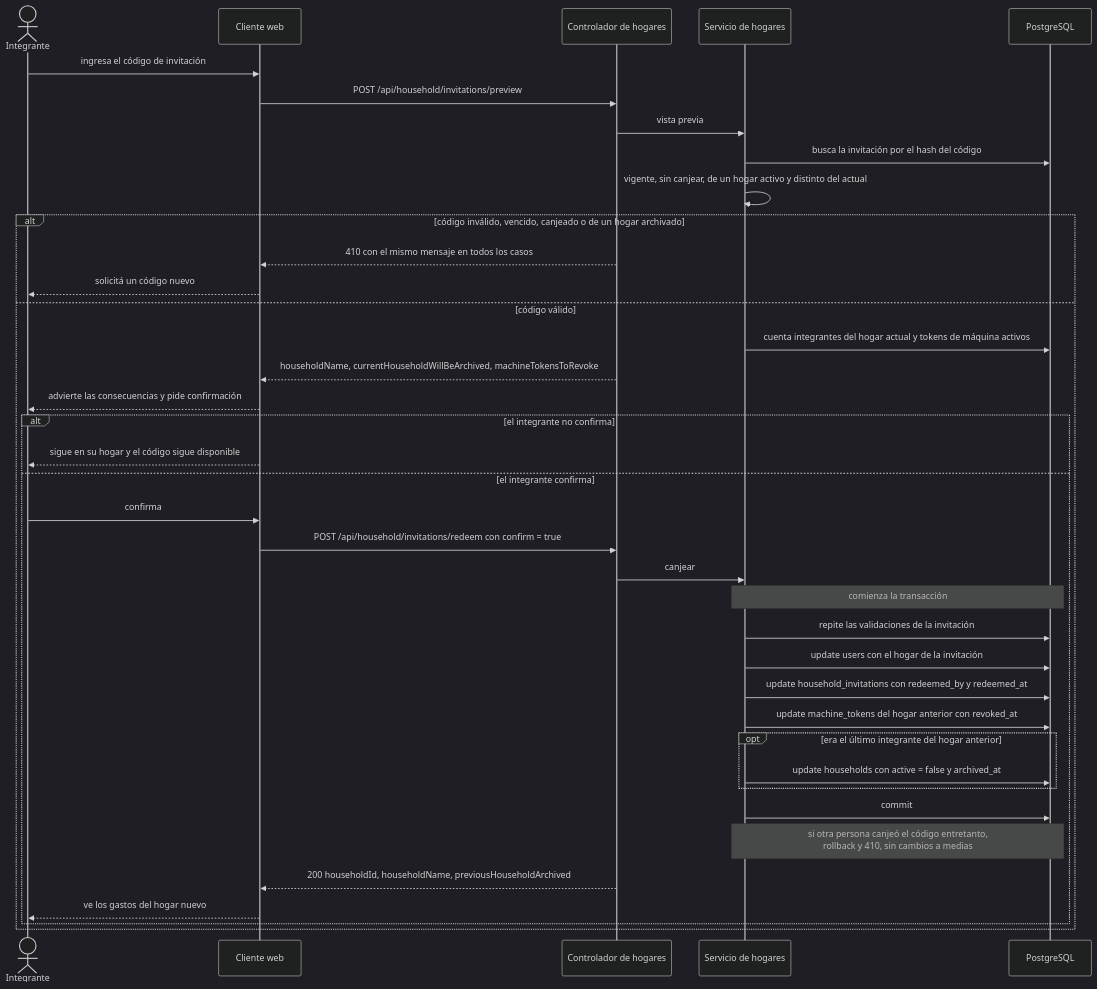
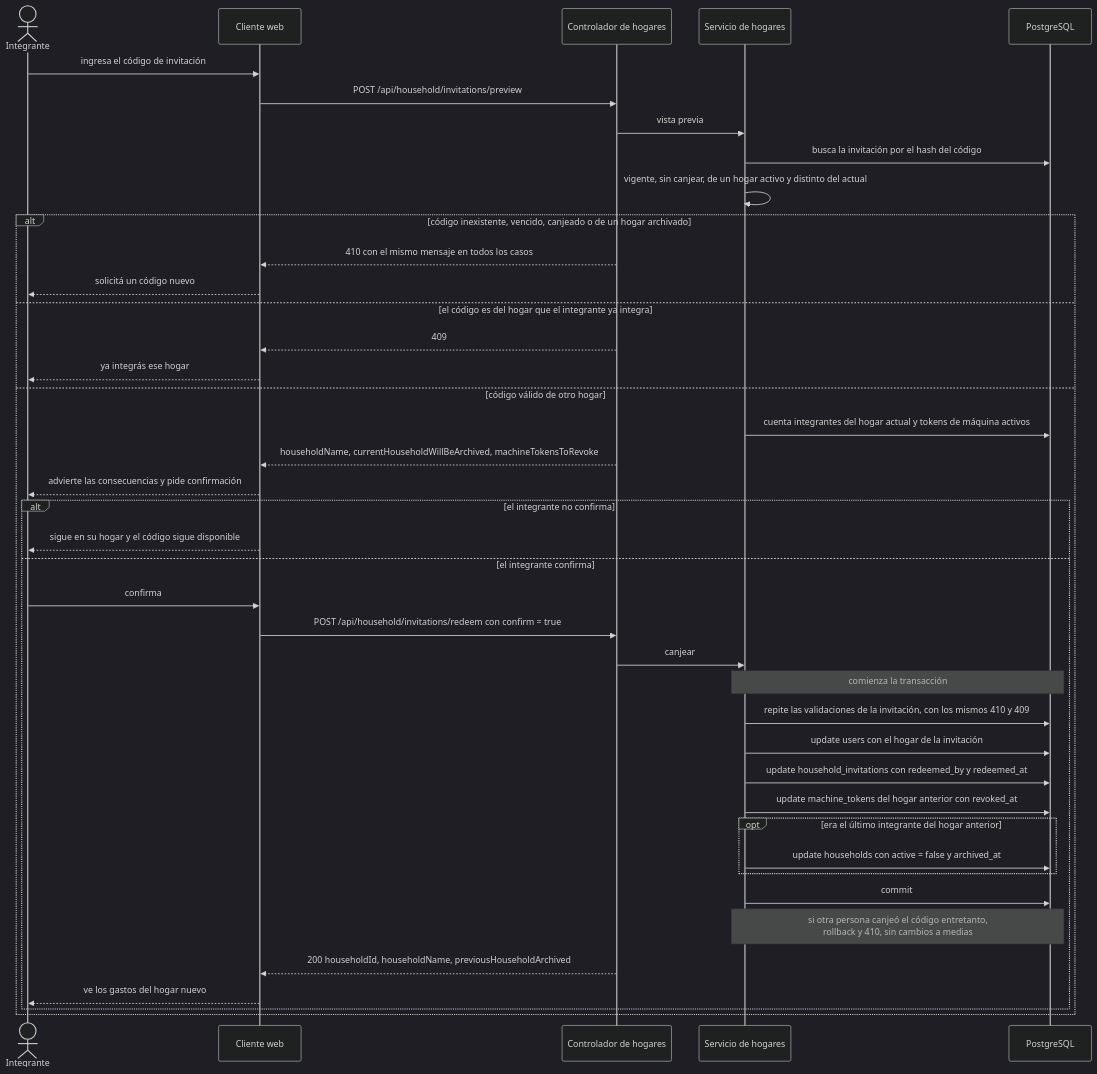
One commit to patorinaldi/gastos changed the ninth of 19 diagrams in docs/diagramas.md. Above: the diagram before and after it, drawn with Mermaid (dark theme). The commit also changed other lines of this file and 1 other file, not shown here.

Commit message:
fix: coherencia con la documentacion y el codigo actual

````diff
--- a/docs/diagramas.md
+++ b/docs/diagramas.md
@@ -461,43 +463,46 @@
 ```mermaid
 sequenceDiagram
     actor U as Integrante
     participant W as Cliente web
     participant C as Controlador de hogares
     participant S as Servicio de hogares
     participant DB as PostgreSQL
 
     U->>W: ingresa el código de invitación
     W->>C: POST /api/household/invitations/preview
     C->>S: vista previa
     S->>DB: busca la invitación por el hash del código
     S->>S: vigente, sin canjear, de un hogar activo y distinto del actual
 
-    alt código inválido, vencido, canjeado o de un hogar archivado
+    alt código inexistente, vencido, canjeado o de un hogar archivado
         C-->>W: 410 con el mismo mensaje en todos los casos
         W-->>U: solicitá un código nuevo
-    else código válido
+    else el código es del hogar que el integrante ya integra
+        C-->>W: 409
+        W-->>U: ya integrás ese hogar
+    else código válido de otro hogar
         S->>DB: cuenta integrantes del hogar actual y tokens de máquina activos
         C-->>W: householdName, currentHouseholdWillBeArchived, machineTokensToRevoke
         W-->>U: advierte las consecuencias y pide confirmación
 
         alt el integrante no confirma
             W-->>U: sigue en su hogar y el código sigue disponible
         else el integrante confirma
             U->>W: confirma
             W->>C: POST /api/household/invitations/redeem con confirm = true
             C->>S: canjear
             Note over S,DB: comienza la transacción
-            S->>DB: repite las validaciones de la invitación
+            S->>DB: repite las validaciones de la invitación, con los mismos 410 y 409
             S->>DB: update users con el hogar de la invitación
             S->>DB: update household_invitations con redeemed_by y redeemed_at
             S->>DB: update machine_tokens del hogar anterior con revoked_at
             opt era el último integrante del hogar anterior
                 S->>DB: update households con active = false y archived_at
             end
             S->>DB: commit
             Note over S,DB: si otra persona canjeó el código entretanto,<br/>rollback y 410, sin cambios a medias
             C-->>W: 200 householdId, householdName, previousHouseholdArchived
             W-->>U: ve los gastos del hogar nuevo
         end
     end
 ```
````
